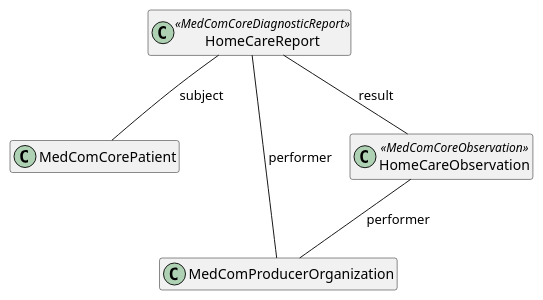
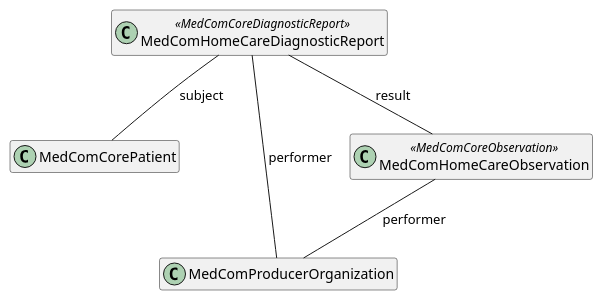
Before and after one commit to medcomdk/dk_MunicipalityObservationResults: the diagram in puml/HomeCareObservationProfile.puml, drawn with PlantUML. The commit also changed 4 other files, not shown here.

Commit message:
PUML diagrams updated

```diff
--- a/puml/HomeCareObservationProfile.puml
+++ b/puml/HomeCareObservationProfile.puml
@@ -1,17 +1,17 @@
 @startuml HomeCareObsProfile
 hide empty members
 top to bottom direction
 
 class "MedComCorePatient" as patient
 class "MedComProducerOrganization" as organization 
-class "HomeCareReport" as diagnosticReport <<MedComCoreDiagnosticReport>>
-class "HomeCareObservation" as coreobservation <<MedComCoreObservation>>
+class "MedComHomeCareDiagnosticReport" as diagnosticReport <<MedComCoreDiagnosticReport>>
+class "MedComHomeCareObservation" as coreobservation <<MedComCoreObservation>>
 
 diagnosticReport -- patient : "subject"
 diagnosticReport -- organization: "performer"
 diagnosticReport -- coreobservation : "result"
 coreobservation -- organization:"performer"
 
 
 
 @enduml
```
